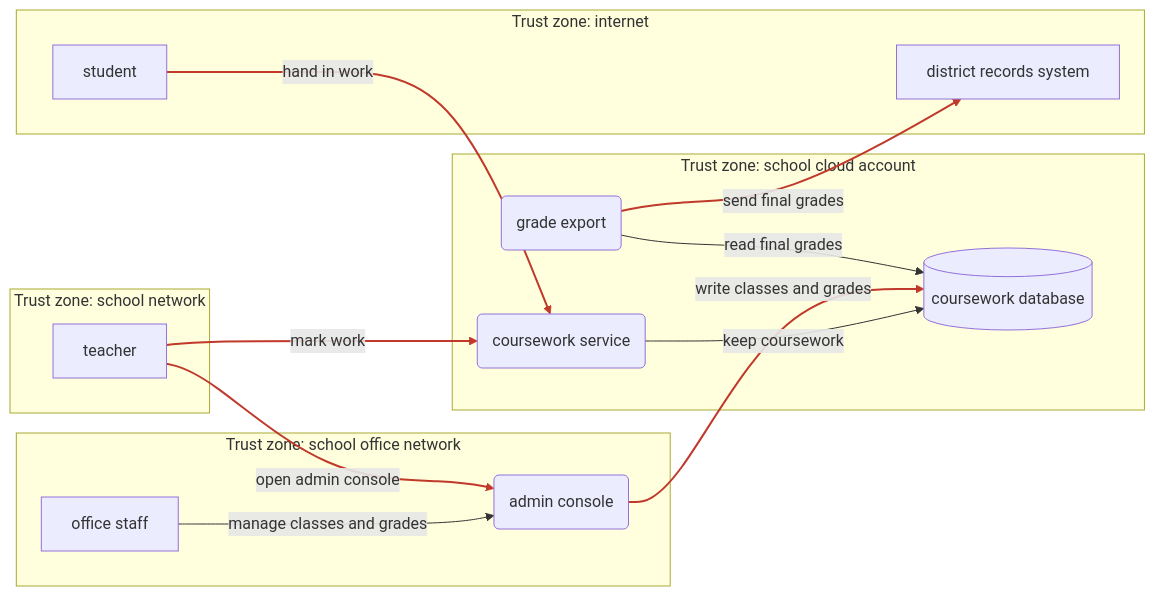
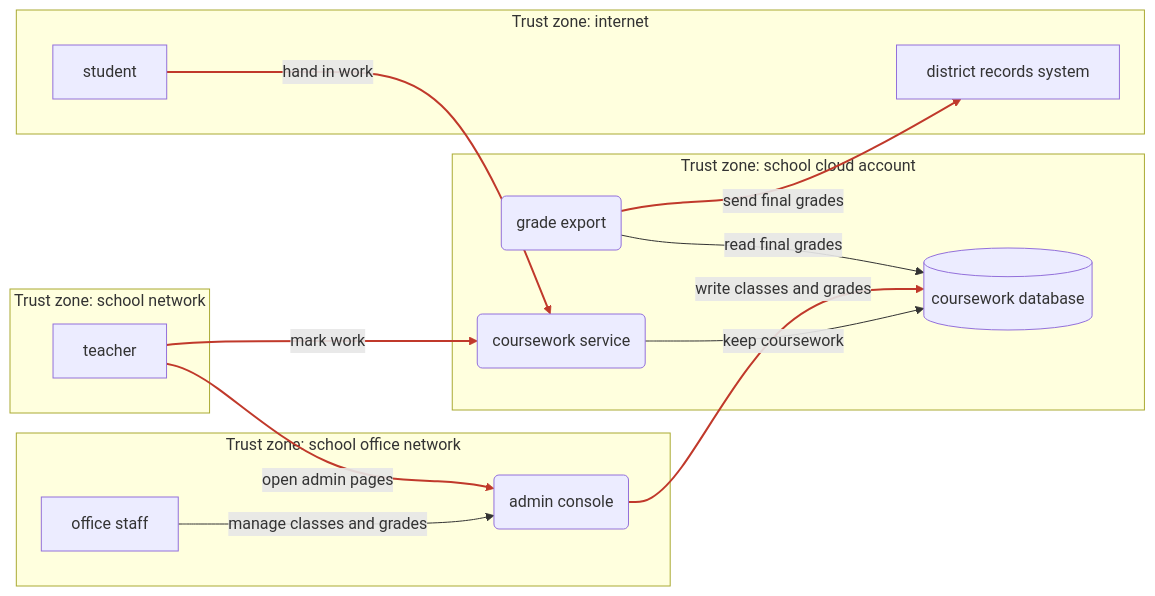
One commit to mstarks01/work-agent changed the diagram in evals/diagrams/20-school-coursework.mmd. Above: the diagram before and after it, drawn with Mermaid. The commit also changed 23 other files, not shown here.

```diff
--- a/evals/diagrams/20-school-coursework.mmd
+++ b/evals/diagrams/20-school-coursework.mmd
@@ -1,31 +1,31 @@
 flowchart LR
     %% Shapes: id[name] is an external entity, id(name) a process, id[(name)] a data store.
     subgraph z0["Trust zone: internet"]
         n0["student"]
         n3["district records system"]
     end
     subgraph z1["Trust zone: school network"]
         n1["teacher"]
     end
     subgraph z2["Trust zone: school office network"]
         n2["office staff"]
         n5("admin console")
     end
     subgraph z3["Trust zone: school cloud account"]
         n4("coursework service")
         n6("grade export")
         n7[("coursework database")]
     end
     n0 -->|"hand in work"| n4
     linkStyle 0 stroke:#c0392b,stroke-width:2px
     n1 -->|"mark work"| n4
     linkStyle 1 stroke:#c0392b,stroke-width:2px
     n4 -->|"keep coursework"| n7
     n2 -->|"manage classes and grades"| n5
-    n1 -->|"open admin console"| n5
+    n1 -->|"open admin pages"| n5
     linkStyle 4 stroke:#c0392b,stroke-width:2px
     n5 -->|"write classes and grades"| n7
     linkStyle 5 stroke:#c0392b,stroke-width:2px
     n6 -->|"read final grades"| n7
     n6 -->|"send final grades"| n3
     linkStyle 7 stroke:#c0392b,stroke-width:2px
```
